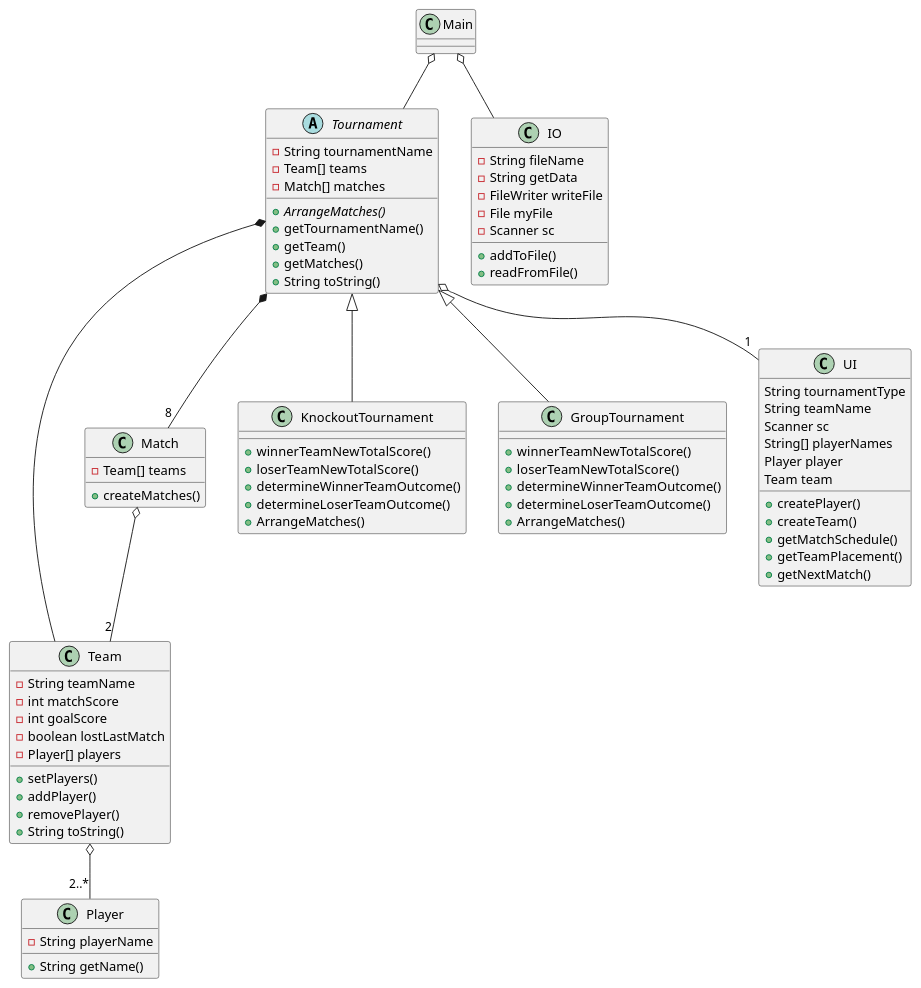
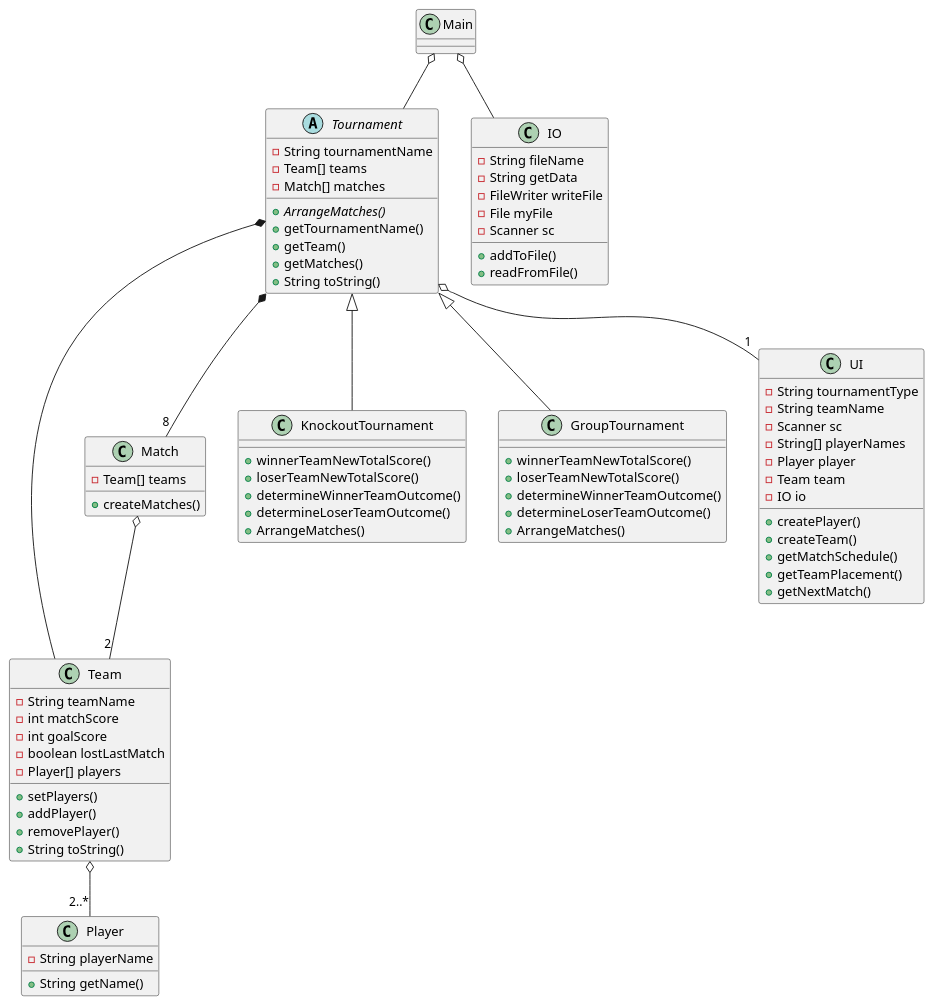
One commit to DeRp-DaWg/SP3 changed the diagram in doc/Class.puml. Above: the diagram before and after it, drawn with PlantUML.

Commit message:
Lavet af Andreas

```diff
--- a/doc/Class.puml
+++ b/doc/Class.puml
@@ -1,90 +1,91 @@
 @startuml
 'https://plantuml.com/class-diagram
 
 class Player {
 -String playerName
 +String getName()
 }
 
 class Team {
 -String teamName
 -int matchScore
 -int goalScore
 -boolean lostLastMatch
 -Player[] players
 +setPlayers()
 +addPlayer()
 +removePlayer()
 +String toString()
 }
 
 class Match{
 -Team[] teams
 +createMatches()
 }
 
 abstract Tournament {
 -String tournamentName
 -Team[] teams
 -Match[] matches
 +{abstract}ArrangeMatches()
 +getTournamentName()
 +getTeam()
 +getMatches()
 +String toString()
 }
 
 class KnockoutTournament{
 +winnerTeamNewTotalScore()
 +loserTeamNewTotalScore()
 +determineWinnerTeamOutcome()
 +determineLoserTeamOutcome()
 +ArrangeMatches()
 }
 
 class GroupTournament{
 +winnerTeamNewTotalScore()
 +loserTeamNewTotalScore()
 +determineWinnerTeamOutcome()
 +determineLoserTeamOutcome()
 +ArrangeMatches()
 }
 
 class UI {
-String tournamentType
-String teamName
-Scanner sc
-String[] playerNames
-Player player
-Team team
+-String tournamentType
+-String teamName
+-Scanner sc
+-String[] playerNames
+-Player player
+-Team team
+-IO io
 +createPlayer()
 +createTeam()
 +getMatchSchedule()
 +getTeamPlacement()
 +getNextMatch()
 }
 
 class IO {
 -String fileName
 -String getData
 -FileWriter writeFile
 -File myFile
 -Scanner sc
 +addToFile()
 +readFromFile()
 }
 
 class Main{
 }
 
 Main o-- Tournament
 Main o-- IO
 Tournament o-- "1" UI
 Tournament *-- "8" Match
 Tournament *-- Team
 Match o-- "2" Team
 Team o-- "2..*" Player
 Tournament <|-- KnockoutTournament
 Tournament <|-- GroupTournament
 
 @enduml
```
